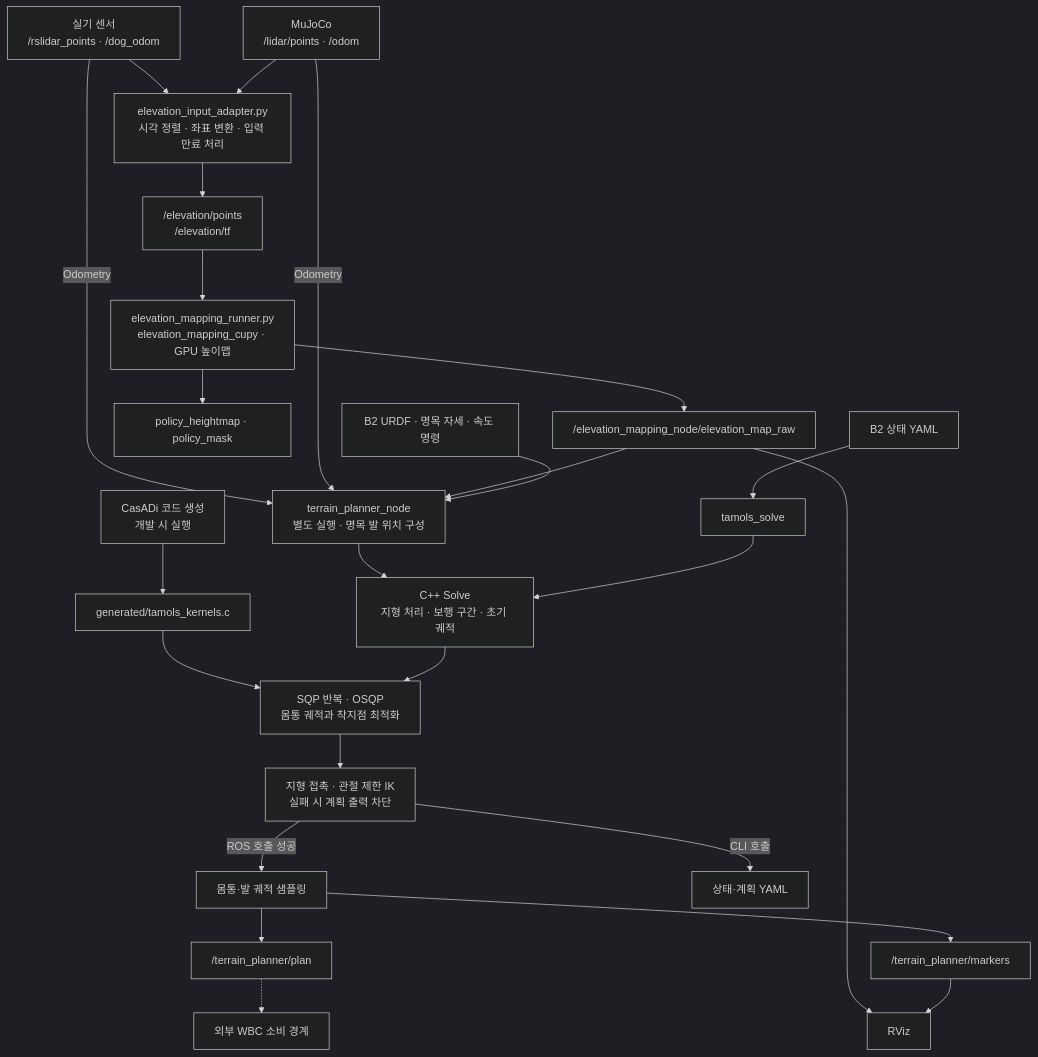
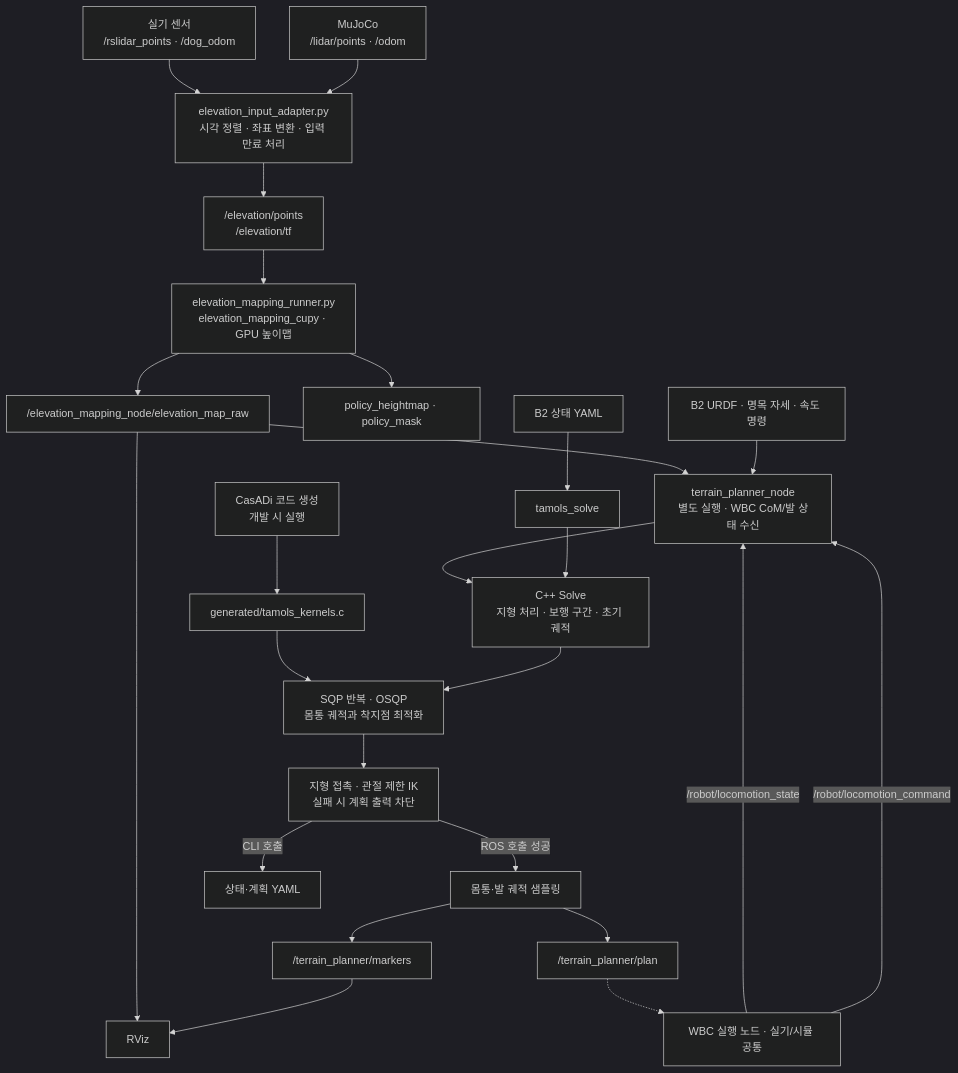
Before and after one commit to JaeMinSong-code/b2_terrain_planning: the diagram in README.md, drawn with Mermaid (dark theme). The commit also changed other lines of this file and 33 other files, not shown here.

First line of the commit message:
feat(wbc): WBC 상태 연동과 연속 지형 재계획 / Integrate WBC state and continuous terrain replanning

````diff
--- a/README.md
+++ b/README.md
@@ -13,27 +58,27 @@
 ```mermaid
 flowchart TD
     Real["실기 센서<br/>/rslidar_points · /dog_odom"] --> Adapter
     Sim["MuJoCo<br/>/lidar/points · /odom"] --> Adapter
     Adapter["elevation_input_adapter.py<br/>시각 정렬 · 좌표 변환 · 입력 만료 처리"] --> Points["/elevation/points<br/>/elevation/tf"]
     Points --> Map["elevation_mapping_runner.py<br/>elevation_mapping_cupy · GPU 높이맵"]
     Map --> Grid["/elevation_mapping_node/elevation_map_raw"]
     Map --> Crop["policy_heightmap · policy_mask"]
-    Real -->|Odometry| Node
-    Sim -->|Odometry| Node
-    Grid --> Node["terrain_planner_node<br/>별도 실행 · 명목 발 위치 구성"]
+    WBC -->|/robot/locomotion_state| Node
+    WBC -->|/robot/locomotion_command| Node
+    Grid --> Node["terrain_planner_node<br/>별도 실행 · WBC CoM/발 상태 수신"]
     Model["B2 URDF · 명목 자세 · 속도 명령"] --> Node
     Node --> Solve["C++ Solve<br/>지형 처리 · 보행 구간 · 초기 궤적"]
     Yaml["B2 상태 YAML"] --> CLI["tamols_solve"]
     CLI --> Solve
     Codegen["CasADi 코드 생성<br/>개발 시 실행"] --> Kernel["generated/tamols_kernels.c"]
     Kernel --> SQP["SQP 반복 · OSQP<br/>몸통 궤적과 착지점 최적화"]
     Solve --> SQP
     SQP --> Check["지형 접촉 · 관절 제한 IK<br/>실패 시 계획 출력 차단"]
     Check -->|ROS 호출 성공| Sample["몸통·발 궤적 샘플링"]
     Check -->|CLI 호출| Result["상태·계획 YAML"]
     Sample --> Plan["/terrain_planner/plan"]
     Sample --> Markers["/terrain_planner/markers"]
     Grid --> RViz["RViz"]
     Markers --> RViz
-    Plan -.-> WBC["외부 WBC 소비 경계"]
+    Plan -.-> WBC["WBC 실행 노드 · 실기/시뮬 공통"]
 ```
````
